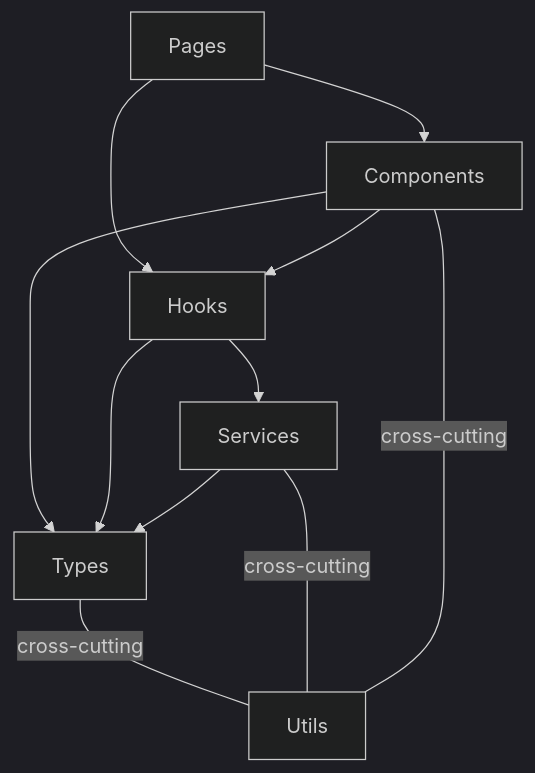
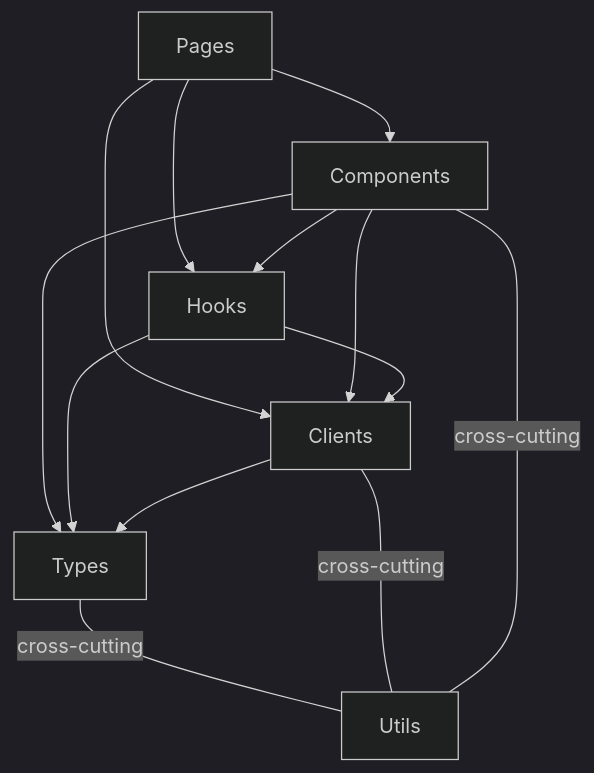
One commit to openshift/faas-console-plugin changed the diagram in docs/ARCHITECTURE.md. Above: the diagram before and after it, drawn with Mermaid (dark theme). The commit also changed other lines of this file and 19 other files, not shown here.

First line of the commit message:
refactor: collapse services layer into clients and plain functions

````diff
--- a/docs/ARCHITECTURE.md
+++ b/docs/ARCHITECTURE.md
@@ -9,13 +9,15 @@
 ```mermaid
 flowchart TB
     TYPES[Types] ---|cross-cutting| UTILS[Utils]
-    SERVICES[Services] ---|cross-cutting| UTILS
+    CLIENTS[Clients] ---|cross-cutting| UTILS
     COMPONENTS[Components] ---|cross-cutting| UTILS
     PAGES[Pages] --> COMPONENTS[Components]
     PAGES --> HOOKS[Hooks]
+    PAGES --> CLIENTS
     COMPONENTS --> HOOKS
+    COMPONENTS --> CLIENTS
     COMPONENTS --> TYPES
-    HOOKS --> SERVICES[Services]
+    HOOKS --> CLIENTS[Clients]
     HOOKS --> TYPES
-    SERVICES --> TYPES[Types]
+    CLIENTS --> TYPES[Types]
 ```
````
